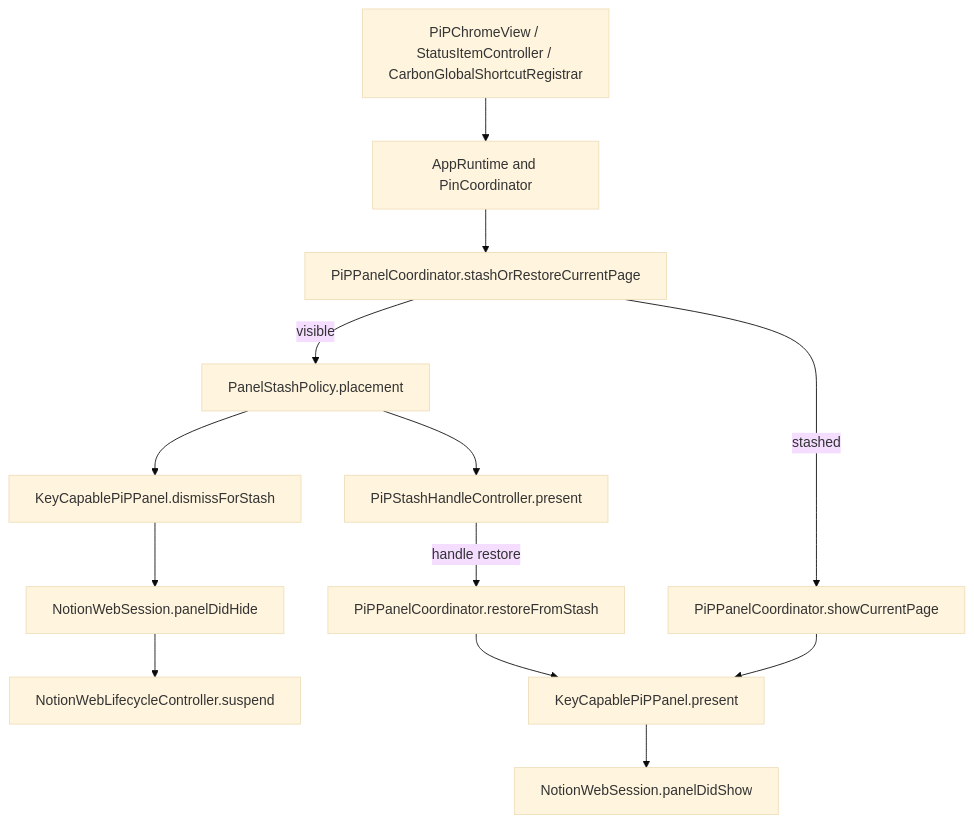
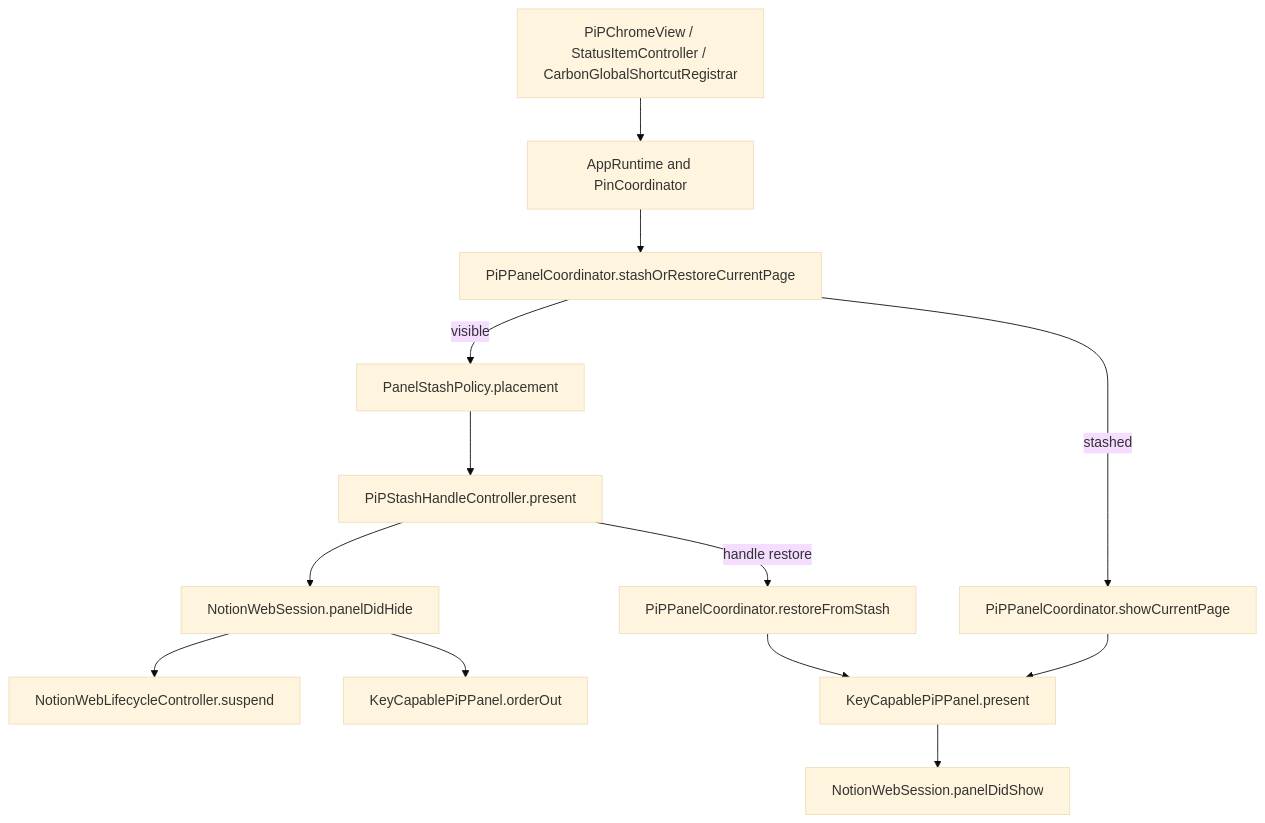
The third of 6 diagrams in docs/course/ARCHITECTURE_MAP.md (fantomsuj/notion-pip), drawn with Mermaid (base theme) before and after one commit. The commit also changed other lines of this file, not shown here.

Commit message:
docs: correct committed stash architecture

````diff
--- a/docs/course/ARCHITECTURE_MAP.md
+++ b/docs/course/ARCHITECTURE_MAP.md
@@ -118,15 +118,15 @@
 ```mermaid
 flowchart TD
     A["PiPChromeView / StatusItemController / CarbonGlobalShortcutRegistrar"] --> B["AppRuntime and PinCoordinator"]
     B --> C["PiPPanelCoordinator.stashOrRestoreCurrentPage"]
     C -->|visible| D["PanelStashPolicy.placement"]
     D --> E["PiPStashHandleController.present"]
-    D --> F["KeyCapablePiPPanel.dismissForStash"]
-    F --> G["NotionWebSession.panelDidHide"]
+    E --> G["NotionWebSession.panelDidHide"]
     G --> H["NotionWebLifecycleController.suspend"]
+    G --> F["KeyCapablePiPPanel.orderOut"]
     C -->|stashed| I["PiPPanelCoordinator.showCurrentPage"]
     E -->|handle restore| J["PiPPanelCoordinator.restoreFromStash"]
     I --> K["KeyCapablePiPPanel.present"]
     J --> K
     K --> L["NotionWebSession.panelDidShow"]
 ```
````
